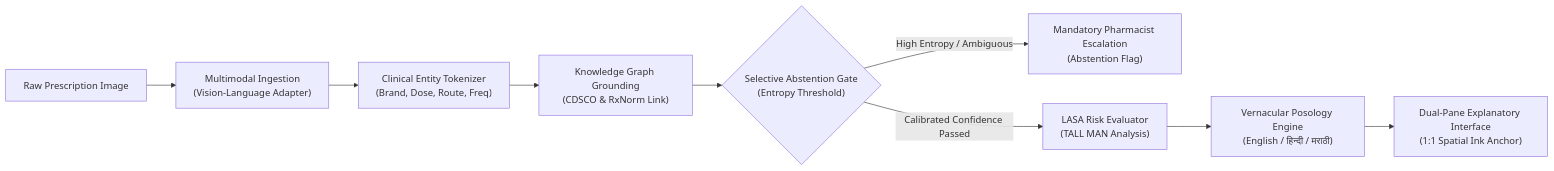
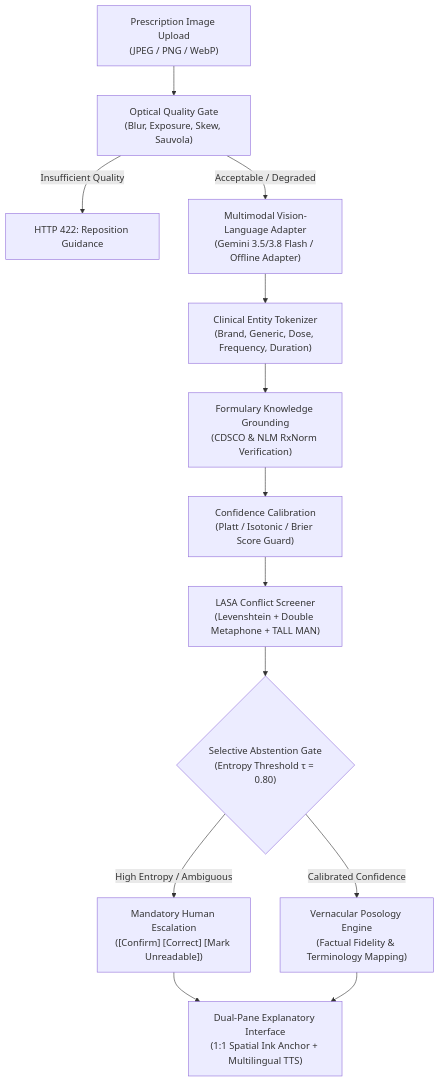
The diagram in README.md (SwayamMandhani06/genai-prescription-decoder), drawn with Mermaid before and after one commit. The commit also changed other lines of this file, not shown here.

Commit message:
docs: streamline README with concise architecture, setup, and deployment guides

````diff
--- a/README.md
+++ b/README.md
@@ -33,11 +50,20 @@
 ```mermaid
-flowchart LR
-    A["Raw Prescription Image"] --> B["Multimodal Ingestion<br/>(Vision-Language Adapter)"]
-    B --> C["Clinical Entity Tokenizer<br/>(Brand, Dose, Route, Freq)"]
-    C --> D["Knowledge Graph Grounding<br/>(CDSCO & RxNorm Link)"]
-    D --> E{"Selective Abstention Gate<br/>(Entropy Threshold)"}
-    E -- "High Entropy / Ambiguous" --> F["Mandatory Pharmacist Escalation<br/>(Abstention Flag)"]
-    E -- "Calibrated Confidence Passed" --> G["LASA Risk Evaluator<br/>(TALL MAN Analysis)"]
-    G --> H["Vernacular Posology Engine<br/>(English / हिन्दी / मराठी)"]
-    H --> I["Dual-Pane Explanatory Interface<br/>(1:1 Spatial Ink Anchor)"]
+flowchart TD
+    IMG["Prescription Image Upload<br/>(JPEG / PNG / WebP)"] --> VAL["Optical Quality Gate<br/>(Blur, Exposure, Skew, Sauvola)"]
+    VAL -- "Insufficient Quality" --> REJ["HTTP 422: Reposition Guidance"]
+    VAL -- "Acceptable / Degraded" --> VLM["Multimodal Vision-Language Adapter<br/>(Gemini 3.5/3.8 Flash / Offline Adapter)"]
+    
+    VLM --> ENT["Clinical Entity Tokenizer<br/>(Brand, Generic, Dose, Frequency, Duration)"]
+    ENT --> RAG["Formulary Knowledge Grounding<br/>(CDSCO & NLM RxNorm Verification)"]
+    
+    RAG --> CAL["Confidence Calibration<br/>(Platt / Isotonic / Brier Score Guard)"]
+    CAL --> LASA["LASA Conflict Screener<br/>(Levenshtein + Double Metaphone + TALL MAN)"]
+    
+    LASA --> GATE{"Selective Abstention Gate<br/>(Entropy Threshold τ = 0.80)"}
+    
+    GATE -- "High Entropy / Ambiguous" --> ABST["Mandatory Human Escalation<br/>([Confirm] [Correct] [Mark Unreadable])"]
+    GATE -- "Calibrated Confidence" --> POS["Vernacular Posology Engine<br/>(Factual Fidelity & Terminology Mapping)"]
+    
+    ABST --> UI["Dual-Pane Explanatory Interface<br/>(1:1 Spatial Ink Anchor + Multilingual TTS)"]
+    POS --> UI
 ```
````
